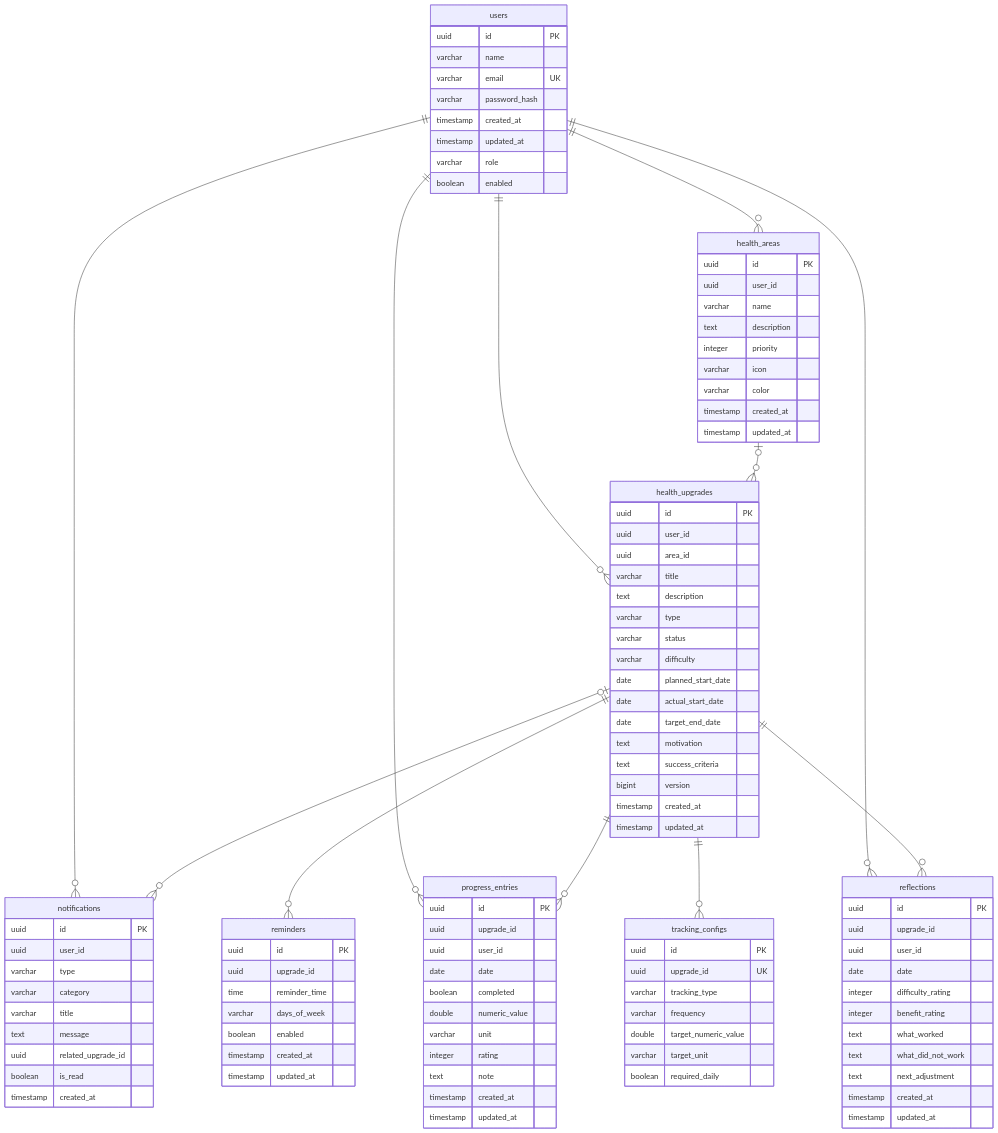
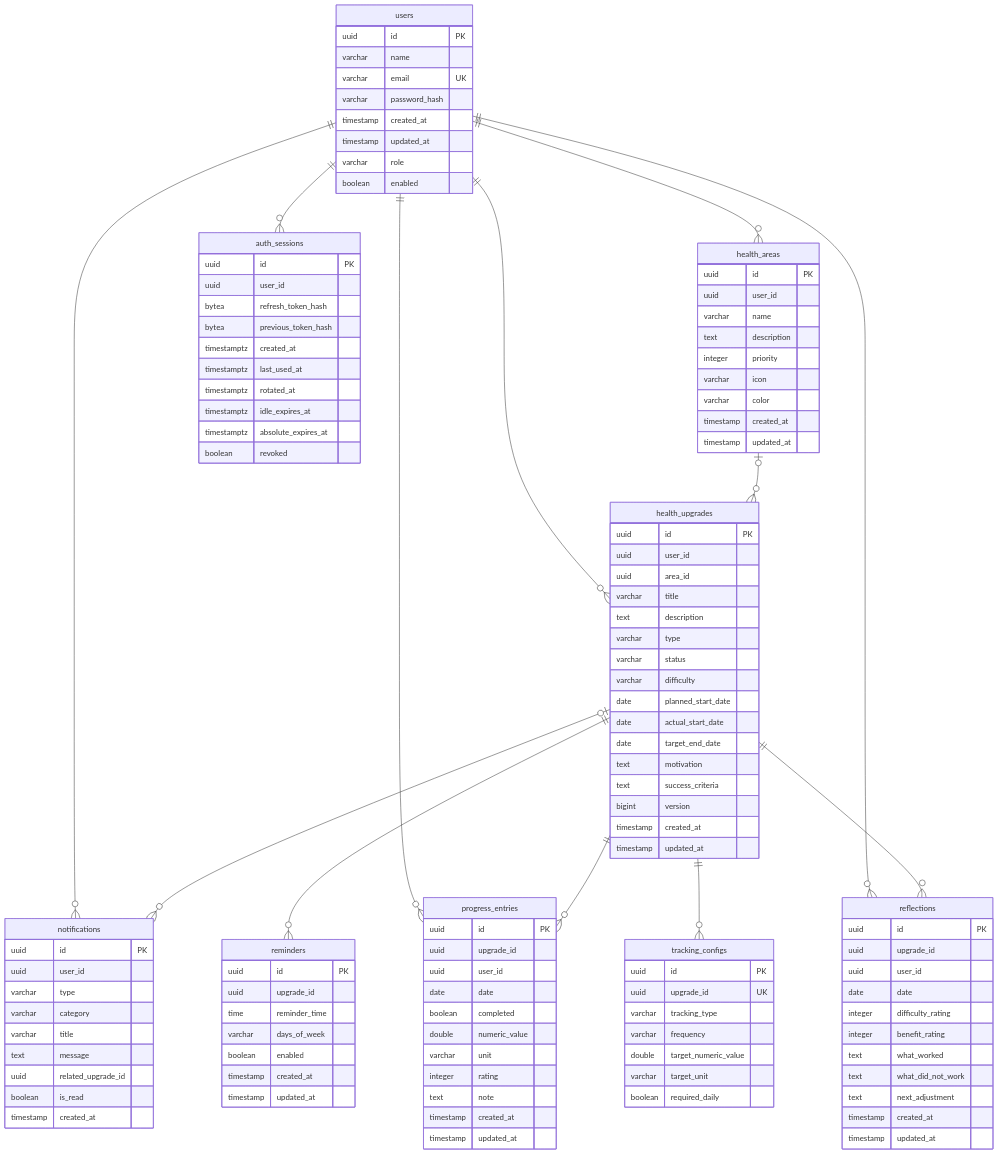
One commit to NaimElijah/UpHealther changed the seventh of 7 diagrams in docs/architecture/arch-diagrams/README.md. Above: the diagram before and after it, drawn with Mermaid. The commit also changed other lines of this file and 51 other files, not shown here.

````diff
--- a/docs/architecture/arch-diagrams/README.md
+++ b/docs/architecture/arch-diagrams/README.md
@@ -395,6 +396,7 @@
     health_upgrades ||--o{ reflections : ""
     health_upgrades ||--o{ reminders : ""
     health_upgrades ||--o{ tracking_configs : ""
+    users ||--o{ auth_sessions : ""
     users ||--o{ health_areas : ""
     users ||--o{ health_upgrades : ""
     users ||--o{ notifications : ""
@@ -495,4 +497,16 @@
         boolean is_read
         timestamp created_at
     }
+    auth_sessions {
+        uuid id PK
+        uuid user_id
+        bytea refresh_token_hash
+        bytea previous_token_hash
+        timestamptz created_at
+        timestamptz last_used_at
+        timestamptz rotated_at
+        timestamptz idle_expires_at
+        timestamptz absolute_expires_at
+        boolean revoked
+    }
 ```
````
